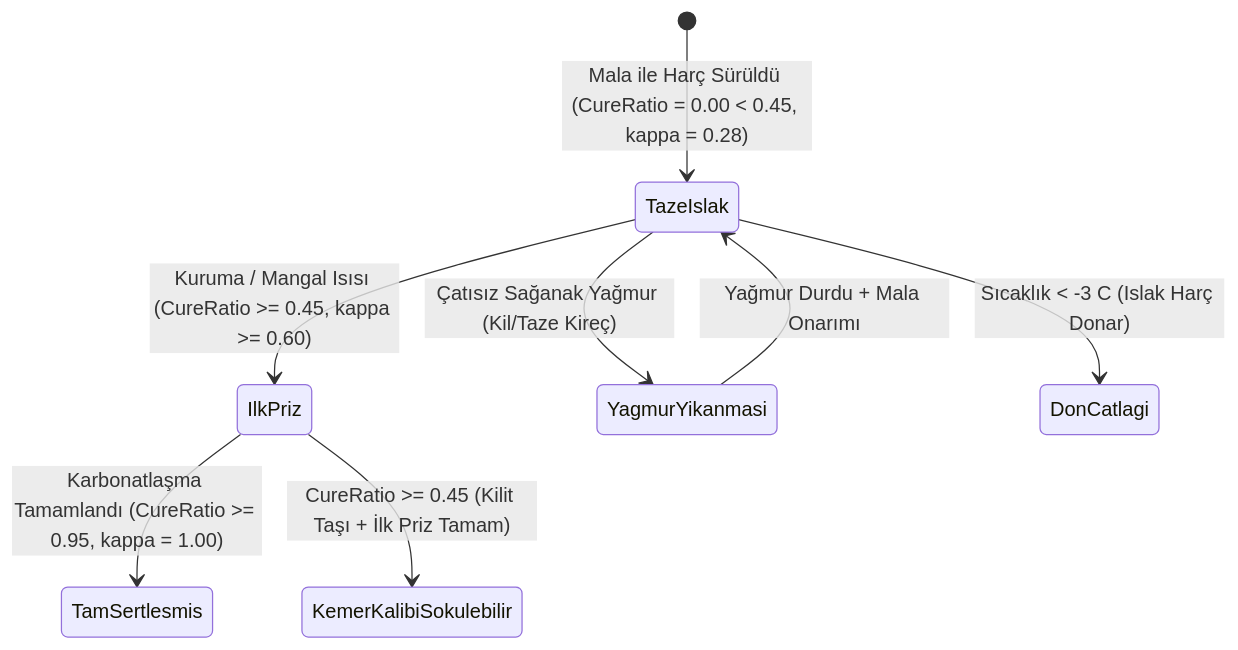
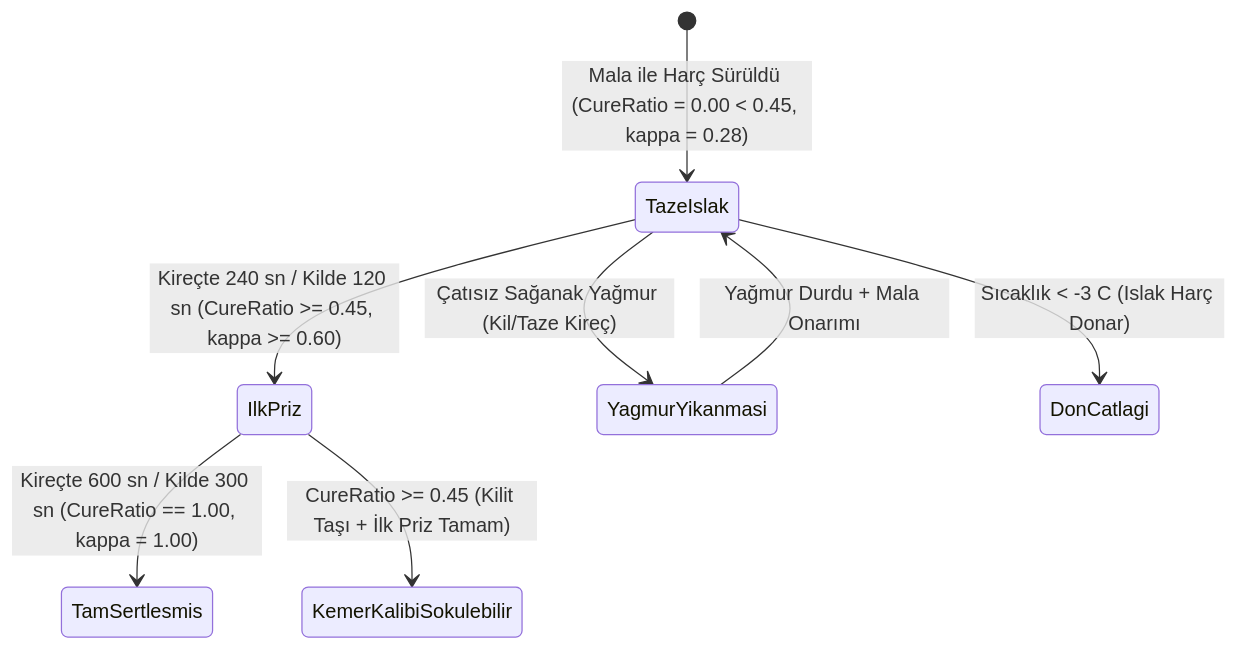
One commit to Muhammed-KRM/VoxelGame changed the third of 5 diagrams in docs/gercekci-insaat-ve-mimari-sistemi/DOK4_YAPISAL_FIZIK_STATIK_VE_PERFORMANS.md. Above: the diagram before and after it, drawn with Mermaid. The commit also changed other lines of this file and 8 other files, not shown here.

````diff
--- a/docs/gercekci-insaat-ve-mimari-sistemi/DOK4_YAPISAL_FIZIK_STATIK_VE_PERFORMANS.md
+++ b/docs/gercekci-insaat-ve-mimari-sistemi/DOK4_YAPISAL_FIZIK_STATIK_VE_PERFORMANS.md
@@ -460,10 +464,10 @@
 ```mermaid
 stateDiagram-v2
     [*] --> TazeIslak: Mala ile Harç Sürüldü (CureRatio = 0.00 < 0.45, kappa = 0.28)
-    TazeIslak --> IlkPriz: Kuruma / Mangal Isısı (CureRatio >= 0.45, kappa >= 0.60)
+    TazeIslak --> IlkPriz: Kireçte 240 sn / Kilde 120 sn (CureRatio >= 0.45, kappa >= 0.60)
     TazeIslak --> YagmurYikanmasi: Çatısız Sağanak Yağmur (Kil/Taze Kireç)
     TazeIslak --> DonCatlagi: Sıcaklık < -3 C (Islak Harç Donar)
     YagmurYikanmasi --> TazeIslak: Yağmur Durdu + Mala Onarımı
-    IlkPriz --> TamSertlesmis: Karbonatlaşma Tamamlandı (CureRatio >= 0.95, kappa = 1.00)
+    IlkPriz --> TamSertlesmis: Kireçte 600 sn / Kilde 300 sn (CureRatio == 1.00, kappa = 1.00)
     IlkPriz --> KemerKalibiSokulebilir: CureRatio >= 0.45 (Kilit Taşı + İlk Priz Tamam)
 ```
````
